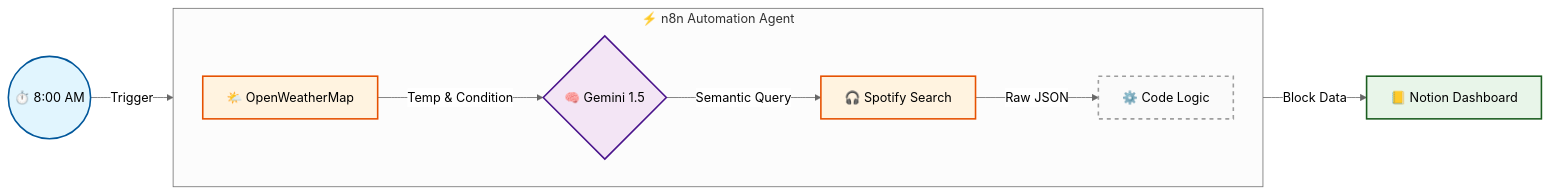
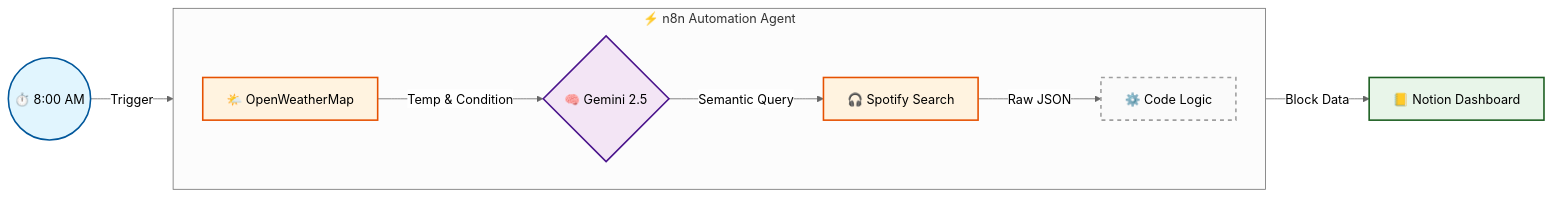
One commit to IshanG2111/weather-jams-agent changed the diagram in README.md. Above: the diagram before and after it, drawn with Mermaid (neutral theme).

````diff
--- a/README.md
+++ b/README.md
@@ -22,29 +22,29 @@
 ```mermaid
 graph LR
     %% Node Styling Definitions
     classDef trigger fill:#e1f5fe,stroke:#01579b,stroke-width:2px,color:#000;
     classDef ai fill:#f3e5f5,stroke:#4a148c,stroke-width:2px,color:#000;
     classDef api fill:#fff3e0,stroke:#e65100,stroke-width:2px,color:#000;
     classDef db fill:#e8f5e9,stroke:#1b5e20,stroke-width:2px,color:#000;
     classDef n8n fill:#fafafa,stroke:#9e9e9e,stroke-width:2px,stroke-dasharray: 5 5,color:#000;
 
     %% Nodes
     Cron((⏱️ 8:00 AM)):::trigger
     
     subgraph Workflow["⚡ n8n Automation Agent"]
         direction LR
         Weather[🌤️ OpenWeatherMap]:::api
-        Brain{🧠 Gemini 1.5}:::ai
+        Brain{🧠 Gemini 2.5}:::ai
         Spotify[🎧 Spotify Search]:::api
         Formatter[⚙️ Code Logic]:::n8n
     end
 
     Database[📒 Notion Dashboard]:::db
 
     %% Connections
     Cron -->|"Trigger"| Weather
     Weather -->|"Temp & Condition"| Brain
     Brain -->|"Semantic Query"| Spotify
     Spotify -->|"Raw JSON"| Formatter
     Formatter -->|"Block Data"| Database
 ```
````
